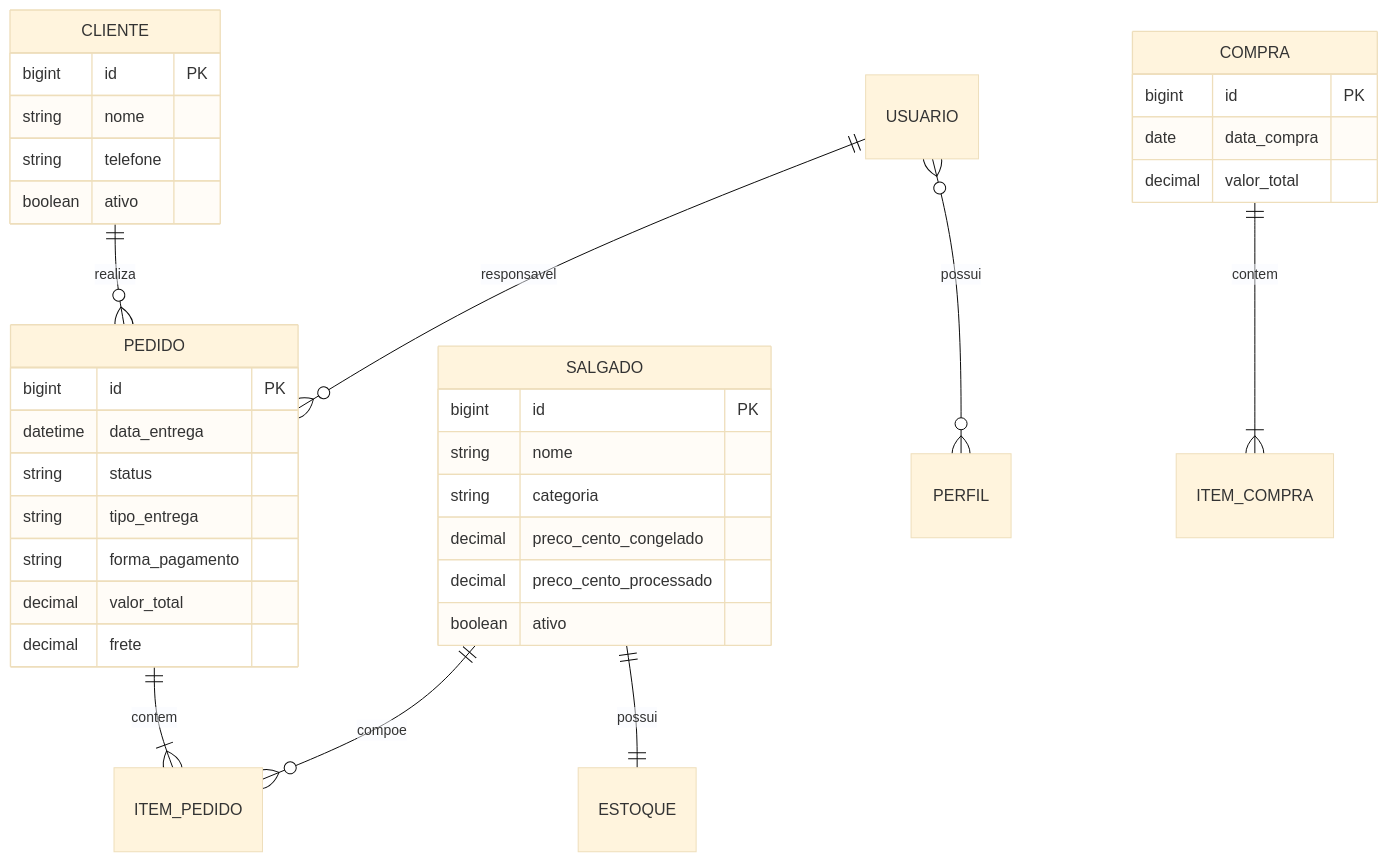
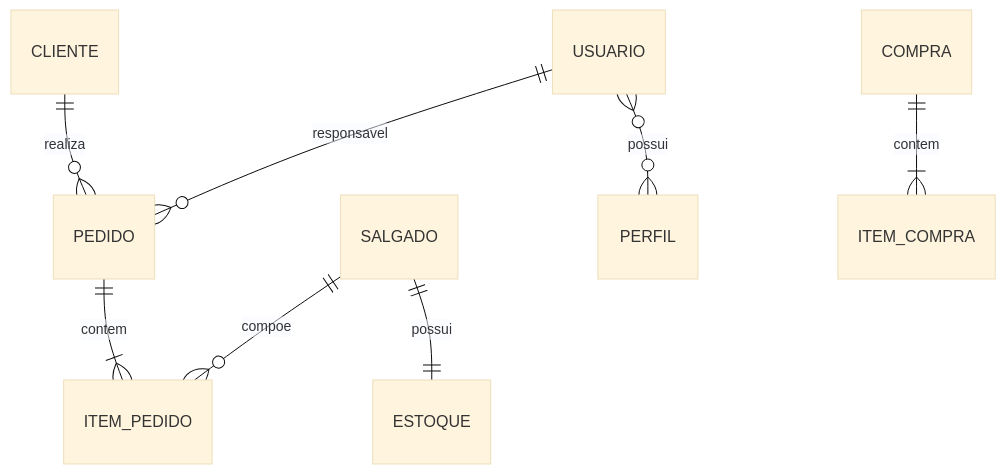
Before and after one commit to matheus-vsm/SistemaSalgadosDaLucia: the second of 2 diagrams in README.md, drawn with Mermaid (base theme). The commit also changed other lines of this file, not shown here.

````diff
--- a/README.md
+++ b/README.md
@@ -45,15 +85,10 @@
 ```mermaid
 erDiagram
     CLIENTE ||--o{ PEDIDO : realiza
     USUARIO ||--o{ PEDIDO : responsavel
     PEDIDO ||--|{ ITEM_PEDIDO : contem
     SALGADO ||--o{ ITEM_PEDIDO : compoe
     SALGADO ||--|| ESTOQUE : possui
     COMPRA ||--|{ ITEM_COMPRA : contem
     USUARIO }o--o{ PERFIL : possui
-
-    CLIENTE { bigint id PK string nome string telefone boolean ativo }
-    SALGADO { bigint id PK string nome string categoria decimal preco_cento_congelado decimal preco_cento_processado boolean ativo }
-    PEDIDO { bigint id PK datetime data_entrega string status string tipo_entrega string forma_pagamento decimal valor_total decimal frete }
-    COMPRA { bigint id PK date data_compra decimal valor_total }
 ```
````
